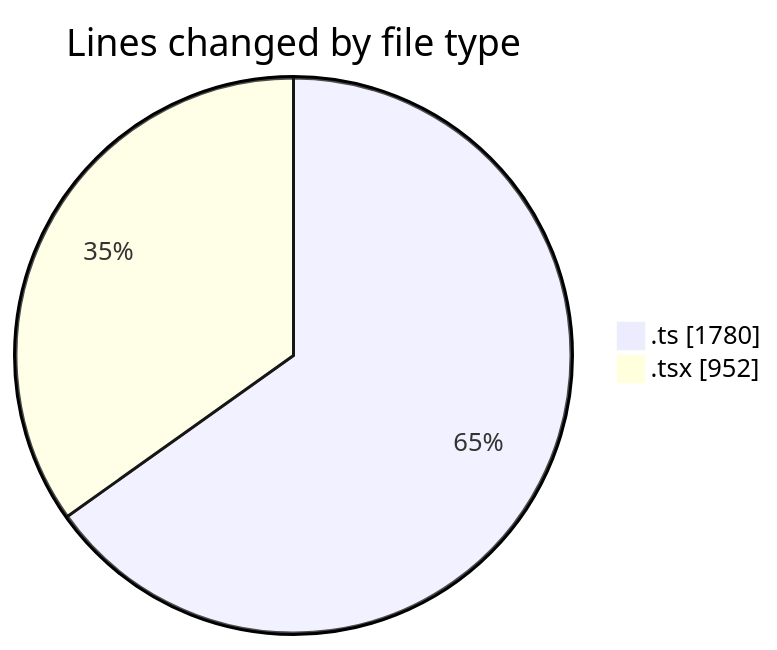
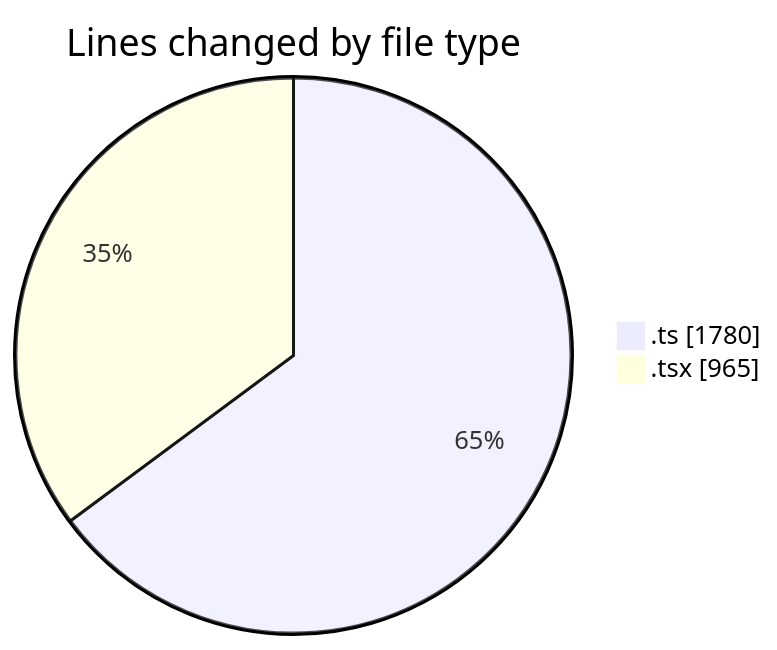
Before and after one commit to JenPaints/code-tracking: the first of 2 diagrams in 2025-06-22/archive/README.md, drawn with Mermaid. The commit also changed other lines of this file and 1 other file, not shown here.

````diff
--- a/2025-06-22/archive/README.md
+++ b/2025-06-22/archive/README.md
@@ -26,6 +26,6 @@
 ```mermaid
 pie showData
 title Lines changed by file type
 ".ts" : 1780
-".tsx" : 952
+".tsx" : 965
 ```
````
